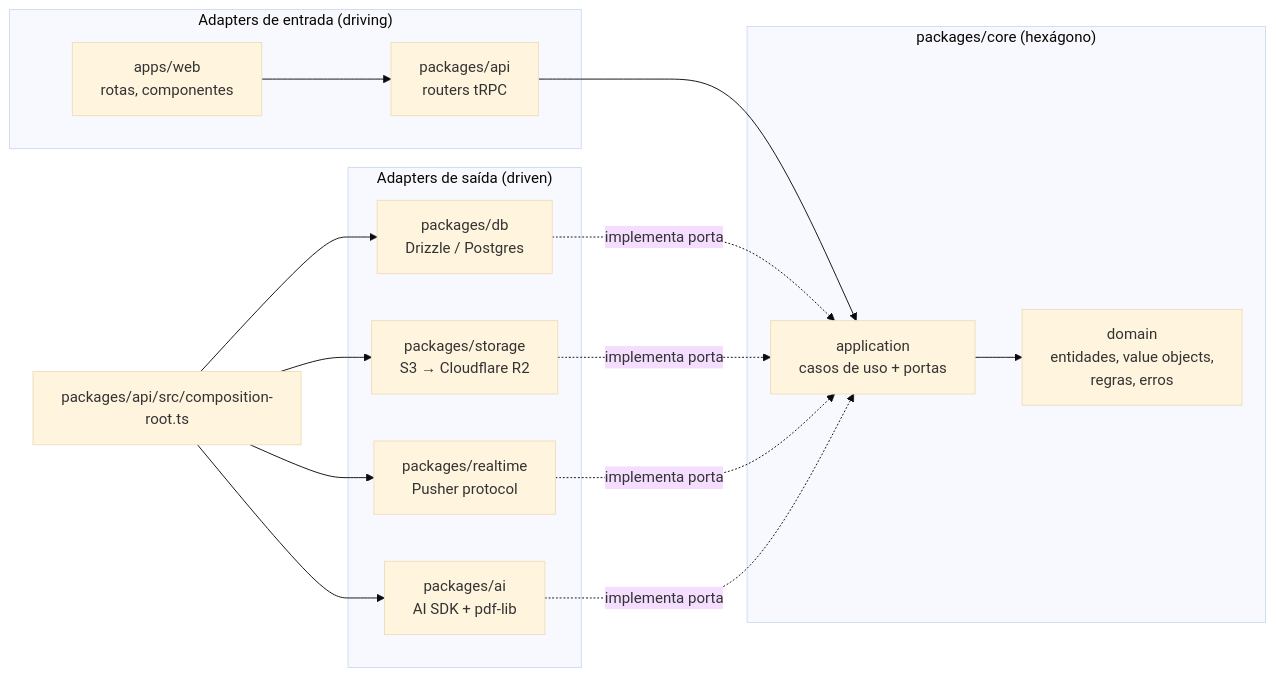
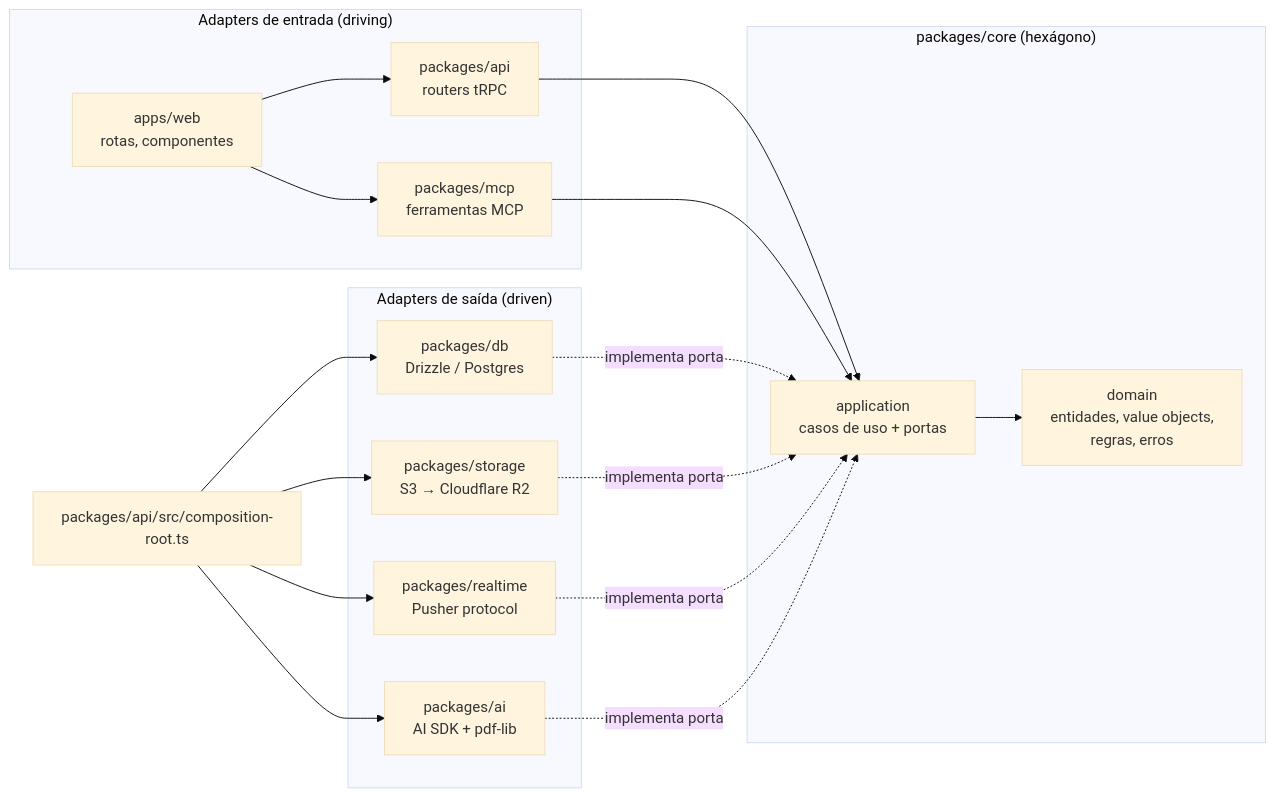
One commit to JGabriel963/quizio changed the first of 2 diagrams in docs/architecture.md. Above: the diagram before and after it, drawn with Mermaid (base theme). The commit also changed other lines of this file and 214 other files, not shown here.

````diff
--- a/docs/architecture.md
+++ b/docs/architecture.md
@@ -9,24 +9,26 @@
 ```mermaid
 flowchart LR
   subgraph driving["Adapters de entrada (driving)"]
     WEB["apps/web<br/>rotas, componentes"]
     TRPC["packages/api<br/>routers tRPC"]
+    MCP["packages/mcp<br/>ferramentas MCP"]
   end
   subgraph core["packages/core (hexágono)"]
     APP["application<br/>casos de uso + portas"]
     DOM["domain<br/>entidades, value objects,<br/>regras, erros"]
     APP --> DOM
   end
   subgraph driven["Adapters de saída (driven)"]
     DB["packages/db<br/>Drizzle / Postgres"]
     ST["packages/storage<br/>S3 → Cloudflare R2"]
     RT["packages/realtime<br/>Pusher protocol"]
     AI["packages/ai<br/>AI SDK + pdf-lib"]
   end
   WEB --> TRPC --> APP
+  WEB --> MCP --> APP
   DB -. implementa porta .-> APP
   ST -. implementa porta .-> APP
   RT -. implementa porta .-> APP
   AI -. implementa porta .-> APP
   ROOT["packages/api/src/composition-root.ts"] --> DB & ST & RT & AI
 ```
````
